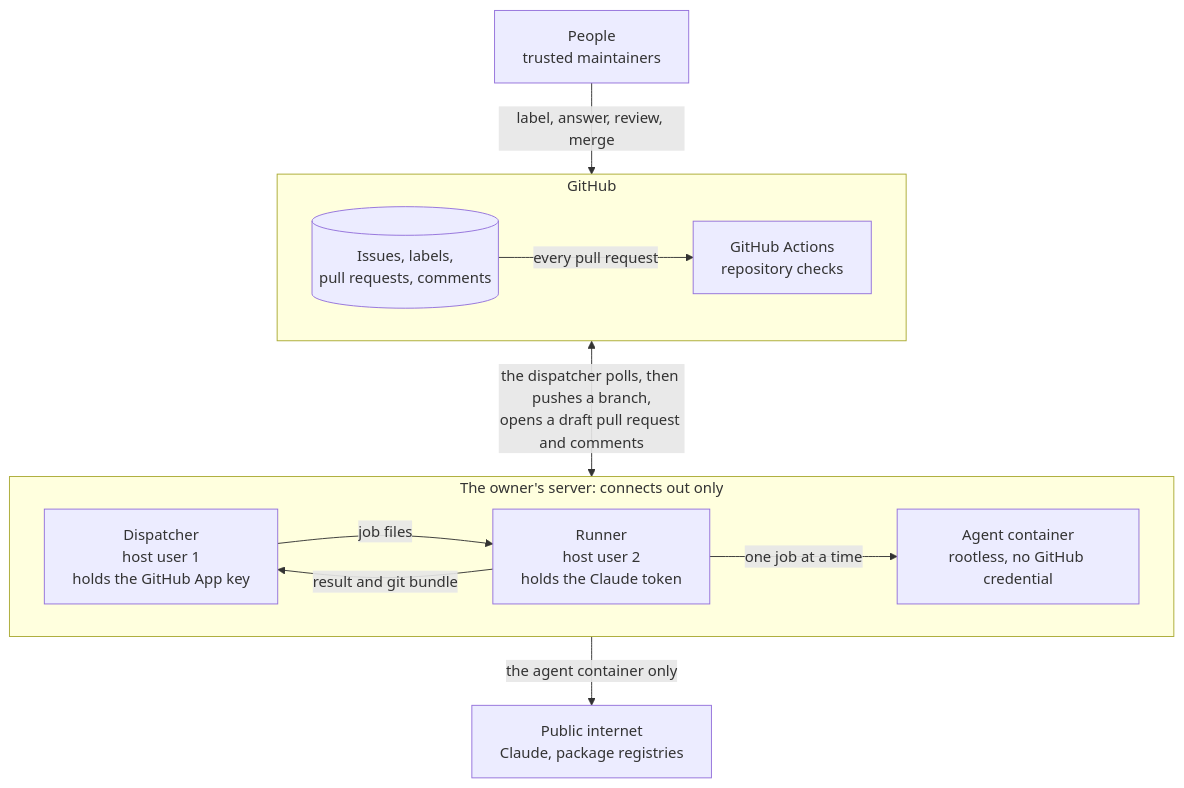
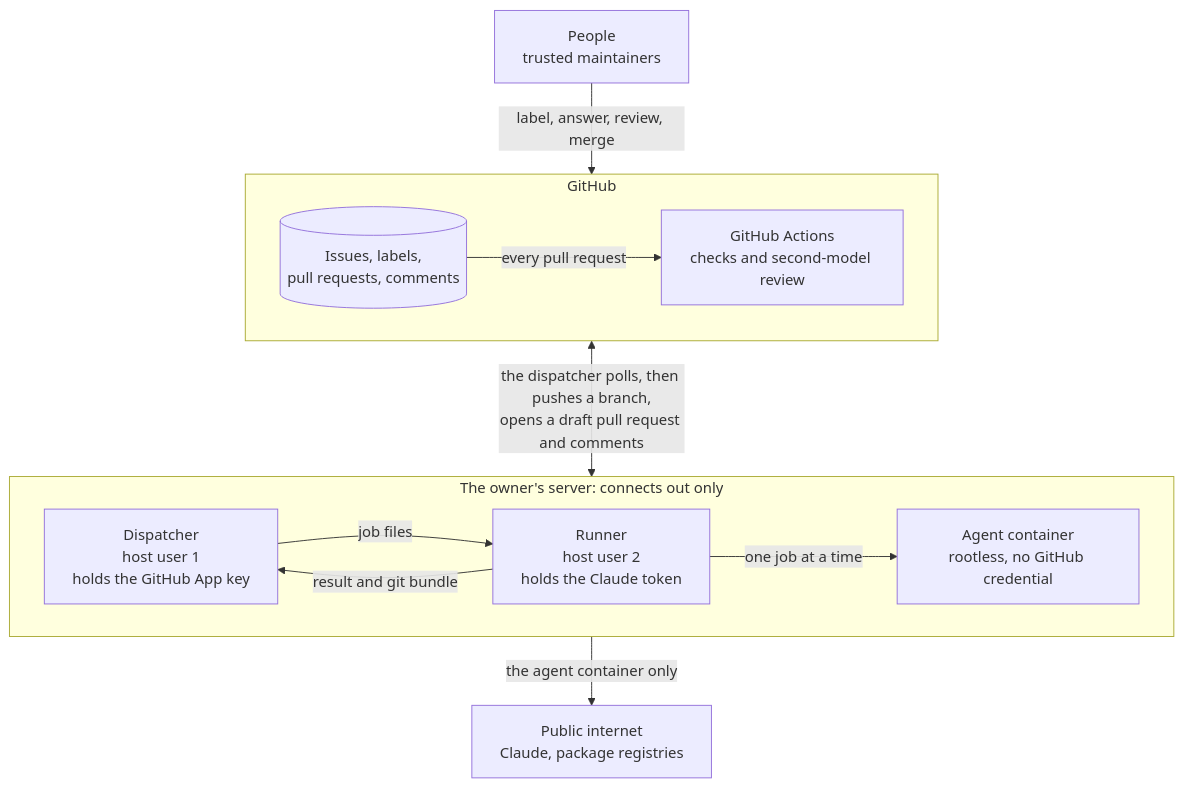
Before and after one commit to Marfusios/ai-apps: the first of 4 diagrams in README.md, drawn with Mermaid. The commit also changed other lines of this file, not shown here.

Commit message:
Show checks, the second-model review, fix rounds, the hand-off and revise runs as built in the README, with a diagram of a pull request's life

````diff
--- a/README.md
+++ b/README.md
@@ -22,24 +22,24 @@
 ```mermaid
 flowchart TB
     people["People<br/>trusted maintainers"]
     subgraph gh["GitHub"]
         direction LR
         issues[("Issues, labels,<br/>pull requests, comments")]
-        checks["GitHub Actions<br/>repository checks"]
+        checks["GitHub Actions<br/>checks and second-model review"]
         issues -- "every pull request" --> checks
     end
     subgraph host["The owner's server: connects out only"]
         direction LR
         dispatcher["Dispatcher<br/>host user 1<br/>holds the GitHub App key"]
         runner["Runner<br/>host user 2<br/>holds the Claude token"]
         agent["Agent container<br/>rootless, no GitHub credential"]
         dispatcher -- "job files" --> runner
         runner -- "result and git bundle" --> dispatcher
         runner -- "one job at a time" --> agent
     end
     internet["Public internet<br/>Claude, package registries"]
 
     people -- "label, answer, review, merge" --> gh
     gh <-- "the dispatcher polls, then pushes a branch,<br/>opens a draft pull request and comments" --> host
     host -- "the agent container only" --> internet
 ```
````
